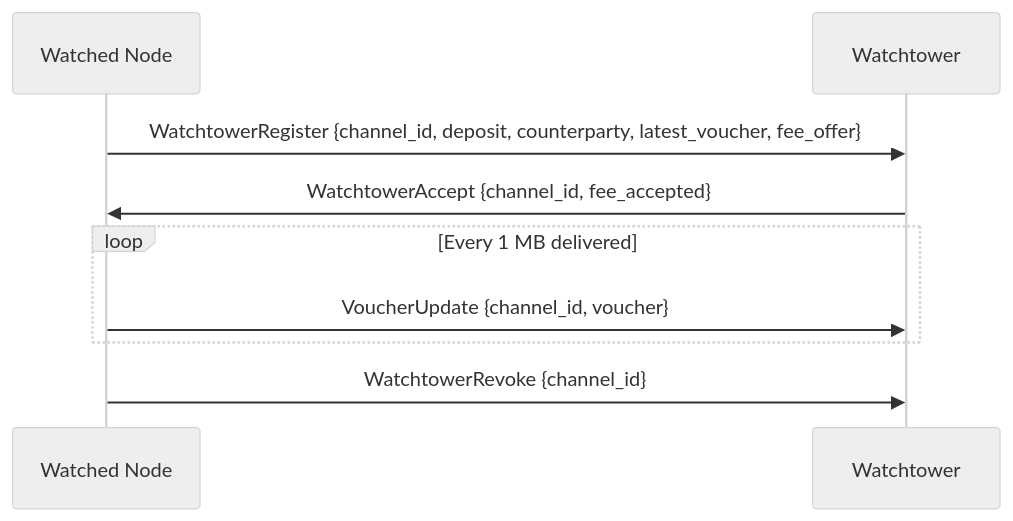
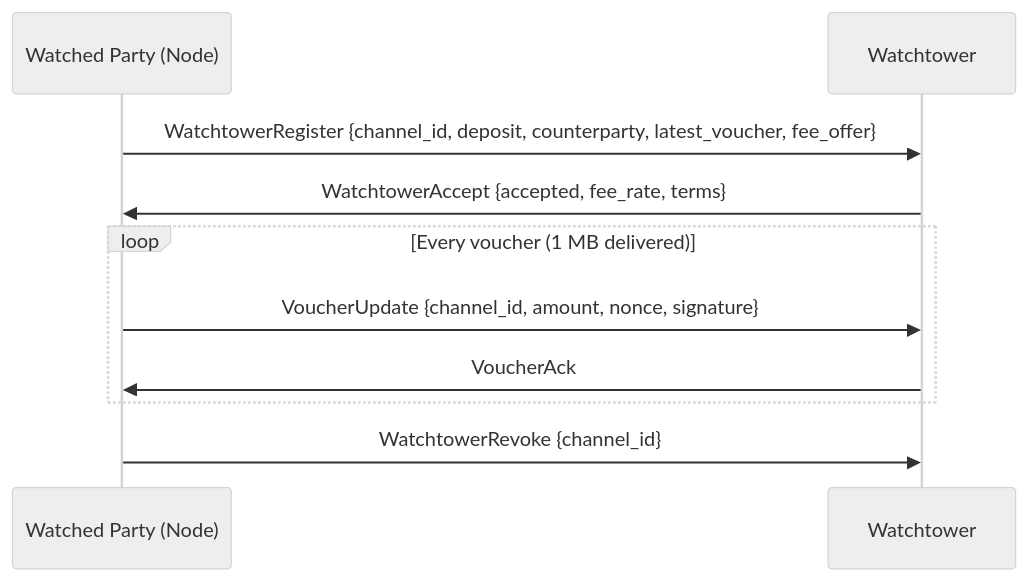
One commit to decdn/decdn changed the third of 3 diagrams in adr/005-protocol.md. Above: the diagram before and after it, drawn with Mermaid (neutral theme). The commit also changed other lines of this file, not shown here.

Commit message:
fix: align watchtower section with ADR 007 message formats
- Use ADR 007's exact WatchtowerAccept fields {accepted, fee_rate, terms}
- Add VoucherUpdate payload fields {channel_id, amount, nonce, signature}
- Add missing VoucherAck response in the voucher update loop
- Use W/T participant aliases matching ADR 007 (W=Watched Party, T=Watchtower)
- Widen "watched node" to "watched party (typically node)" per ADR 007's
  symmetric framing

````diff
--- a/adr/005-protocol.md
+++ b/adr/005-protocol.md
@@ -83,14 +83,15 @@
 ```mermaid
 sequenceDiagram
-    participant N as Watched Node
-    participant W as Watchtower
+    participant W as Watched Party (Node)
+    participant T as Watchtower
 
-    N->>W: WatchtowerRegister {channel_id, deposit, counterparty, latest_voucher, fee_offer}
-    W->>N: WatchtowerAccept {channel_id, fee_accepted}
+    W->>T: WatchtowerRegister {channel_id, deposit, counterparty, latest_voucher, fee_offer}
+    T->>W: WatchtowerAccept {accepted, fee_rate, terms}
 
-    loop Every 1 MB delivered
-        N->>W: VoucherUpdate {channel_id, voucher}
+    loop Every voucher (1 MB delivered)
+        W->>T: VoucherUpdate {channel_id, amount, nonce, signature}
+        T->>W: VoucherAck
     end
 
-    N->>W: WatchtowerRevoke {channel_id}
+    W->>T: WatchtowerRevoke {channel_id}
 ```
````
